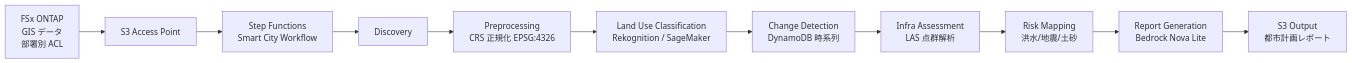
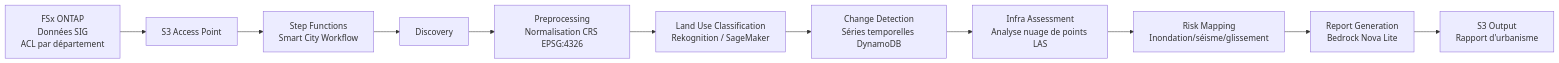
One commit to Yoshiki0705/FSx-for-ONTAP-S3AccessPoints-Serverless-Patterns changed the diagram in smart-city-geospatial/docs/architecture.fr.md. Above: the diagram before and after it, drawn with Mermaid. The commit also changed other lines of this file and 13 other files, not shown here.

````diff
--- a/smart-city-geospatial/docs/architecture.fr.md
+++ b/smart-city-geospatial/docs/architecture.fr.md
@@ -15,13 +15,13 @@
 ```mermaid
 graph LR
-    FSx[FSx ONTAP<br/>GIS データ<br/>部署別 ACL] --> S3AP[S3 Access Point]
+    FSx[FSx ONTAP<br/>Données SIG<br/>ACL par département] --> S3AP[S3 Access Point]
     S3AP --> SFN[Step Functions<br/>Smart City Workflow]
     SFN --> L1[Discovery]
-    L1 --> L2[Preprocessing<br/>CRS 正規化 EPSG:4326]
+    L1 --> L2[Preprocessing<br/>Normalisation CRS EPSG:4326]
     L2 --> L3[Land Use Classification<br/>Rekognition / SageMaker]
-    L3 --> L4[Change Detection<br/>DynamoDB 時系列]
-    L4 --> L5[Infra Assessment<br/>LAS 点群解析]
-    L5 --> L6[Risk Mapping<br/>洪水/地震/土砂]
+    L3 --> L4[Change Detection<br/>Séries temporelles DynamoDB]
+    L4 --> L5[Infra Assessment<br/>Analyse nuage de points LAS]
+    L5 --> L6[Risk Mapping<br/>Inondation/séisme/glissement]
     L6 --> L7[Report Generation<br/>Bedrock Nova Lite]
-    L7 --> S3O[S3 Output<br/>都市計画レポート]
+    L7 --> S3O[S3 Output<br/>Rapport d'urbanisme]
 ```
````
